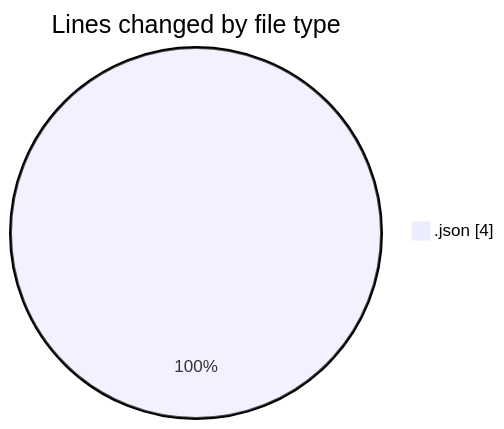
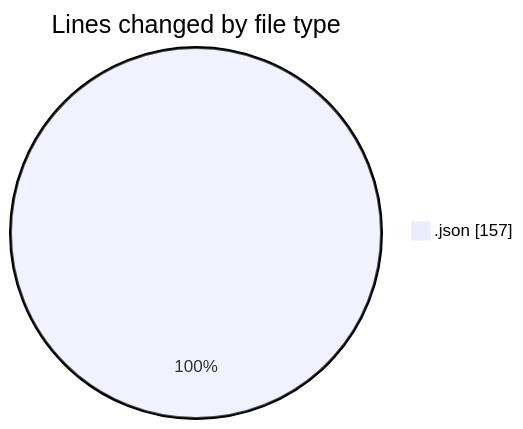
One commit to EIIisD/code-tracking changed the first of 2 diagrams in 2025-08-11/_claude/README.md. Above: the diagram before and after it, drawn with Mermaid. The commit also changed other lines of this file and 1 other file, not shown here.

````diff
--- a/2025-08-11/_claude/README.md
+++ b/2025-08-11/_claude/README.md
@@ -20,5 +21,5 @@
 ```mermaid
 pie showData
 title Lines changed by file type
-".json" : 4
+".json" : 157
 ```
````
